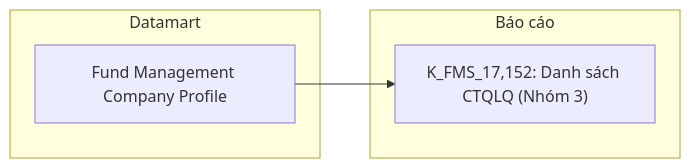
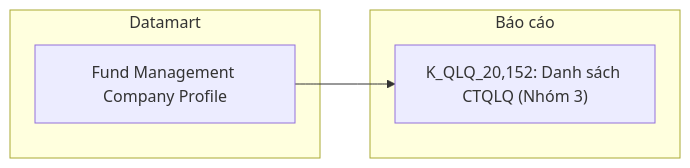
Before and after one commit to linhlvit/ubck_atomic_design: diagram 14 of 37 in Datamart/hld/DTM_QLQ_HLD.md, drawn with Mermaid. The commit also changed other lines of this file and 5 other files, not shown here.

````diff
--- a/Datamart/hld/DTM_QLQ_HLD.md
+++ b/Datamart/hld/DTM_QLQ_HLD.md
@@ -500,10 +500,10 @@
 ```mermaid
 flowchart LR
     subgraph GOLD["Datamart"]
         G1["Fund Management Company Profile"]
     end
     subgraph RPT["Báo cáo"]
-        R1["K_FMS_17,152: Danh sách CTQLQ (Nhóm 3)"]
+        R1["K_QLQ_20,152: Danh sách CTQLQ (Nhóm 3)"]
     end
     G1 --> R1
 ```
````
